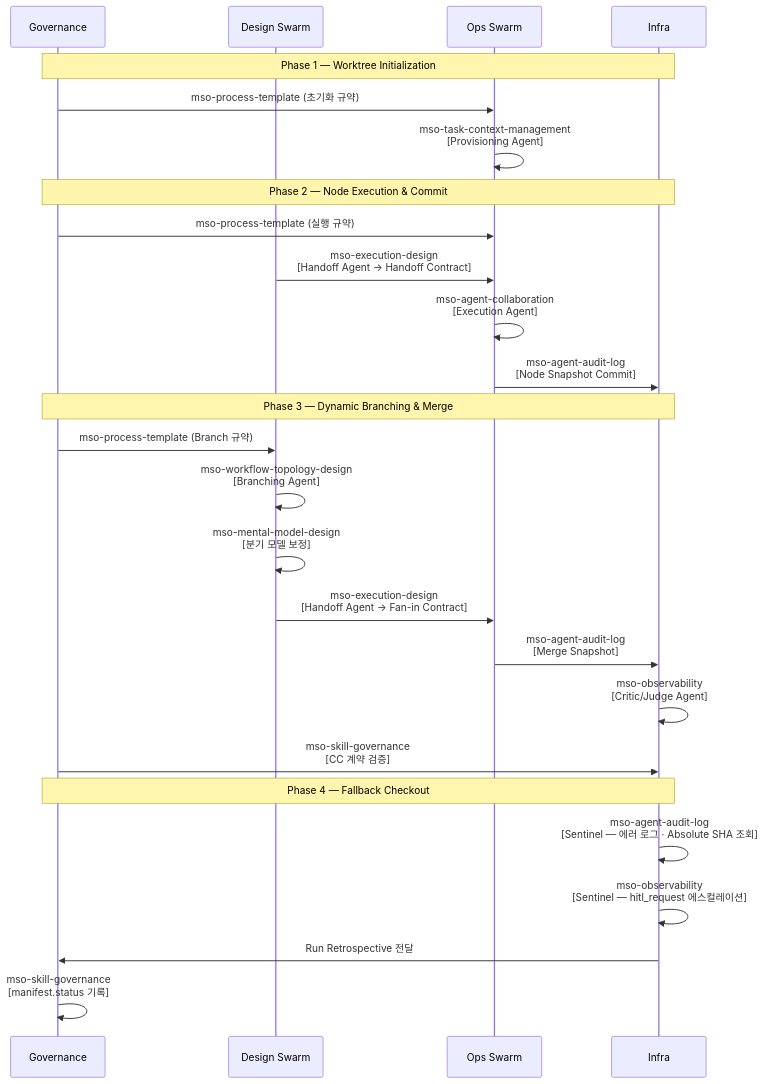
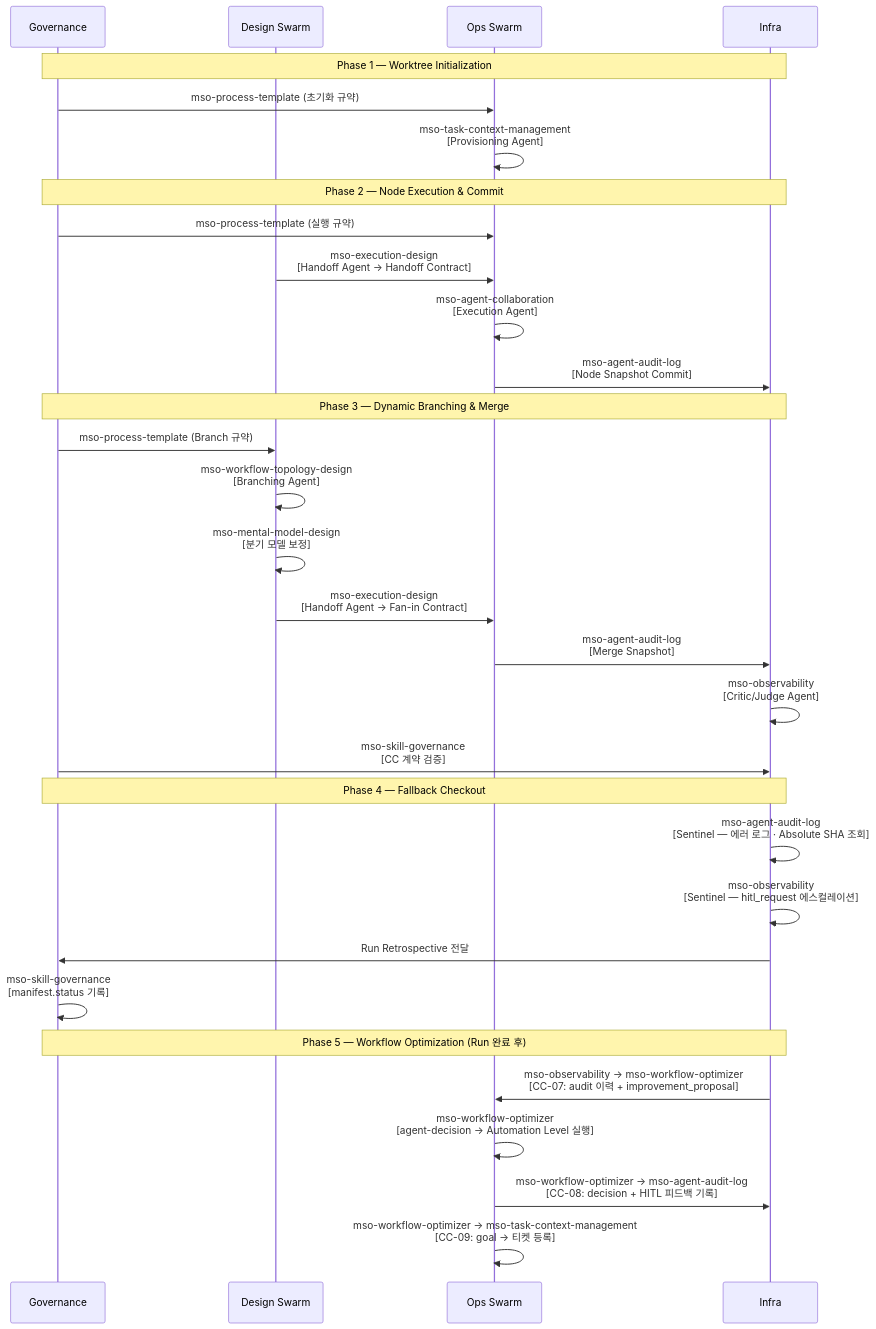
One commit to WMJOON/multi-swarm-orchestrator changed the diagram in docs/usage_matrix.md. Above: the diagram before and after it, drawn with Mermaid. The commit also changed other lines of this file and 14 other files, not shown here.

First line of the commit message:
feat: add mso-workflow-optimizer skill (v0.0.6)

````diff
--- a/docs/usage_matrix.md
+++ b/docs/usage_matrix.md
@@ -107,32 +110,38 @@
 ```mermaid
 sequenceDiagram
     participant Gov as Governance
     participant DS as Design Swarm
     participant Ops as Ops Swarm
     participant Infra as Infra
 
     Note over Gov,Infra: Phase 1 — Worktree Initialization
     Gov->>Ops: mso-process-template (초기화 규약)
     Ops->>Ops: mso-task-context-management<br/>[Provisioning Agent]
 
     Note over Gov,Infra: Phase 2 — Node Execution & Commit
     Gov->>Ops: mso-process-template (실행 규약)
     DS->>Ops: mso-execution-design<br/>[Handoff Agent → Handoff Contract]
     Ops->>Ops: mso-agent-collaboration<br/>[Execution Agent]
     Ops->>Infra: mso-agent-audit-log<br/>[Node Snapshot Commit]
 
     Note over Gov,Infra: Phase 3 — Dynamic Branching & Merge
     Gov->>DS: mso-process-template (Branch 규약)
     DS->>DS: mso-workflow-topology-design<br/>[Branching Agent]
     DS->>DS: mso-mental-model-design<br/>[분기 모델 보정]
     DS->>Ops: mso-execution-design<br/>[Handoff Agent → Fan-in Contract]
     Ops->>Infra: mso-agent-audit-log<br/>[Merge Snapshot]
     Infra->>Infra: mso-observability<br/>[Critic/Judge Agent]
     Gov->>Infra: mso-skill-governance<br/>[CC 계약 검증]
 
     Note over Gov,Infra: Phase 4 — Fallback Checkout
     Infra->>Infra: mso-agent-audit-log<br/>[Sentinel — 에러 로그 · Absolute SHA 조회]
     Infra->>Infra: mso-observability<br/>[Sentinel — hitl_request 에스컬레이션]
     Infra->>Gov: Run Retrospective 전달
     Gov->>Gov: mso-skill-governance<br/>[manifest.status 기록]
+
+    Note over Gov,Infra: Phase 5 — Workflow Optimization (Run 완료 후)
+    Infra->>Ops: mso-observability → mso-workflow-optimizer<br/>[CC-07: audit 이력 + improvement_proposal]
+    Ops->>Ops: mso-workflow-optimizer<br/>[agent-decision → Automation Level 실행]
+    Ops->>Infra: mso-workflow-optimizer → mso-agent-audit-log<br/>[CC-08: decision + HITL 피드백 기록]
+    Ops->>Ops: mso-workflow-optimizer → mso-task-context-management<br/>[CC-09: goal → 티켓 등록]
 ```
````
